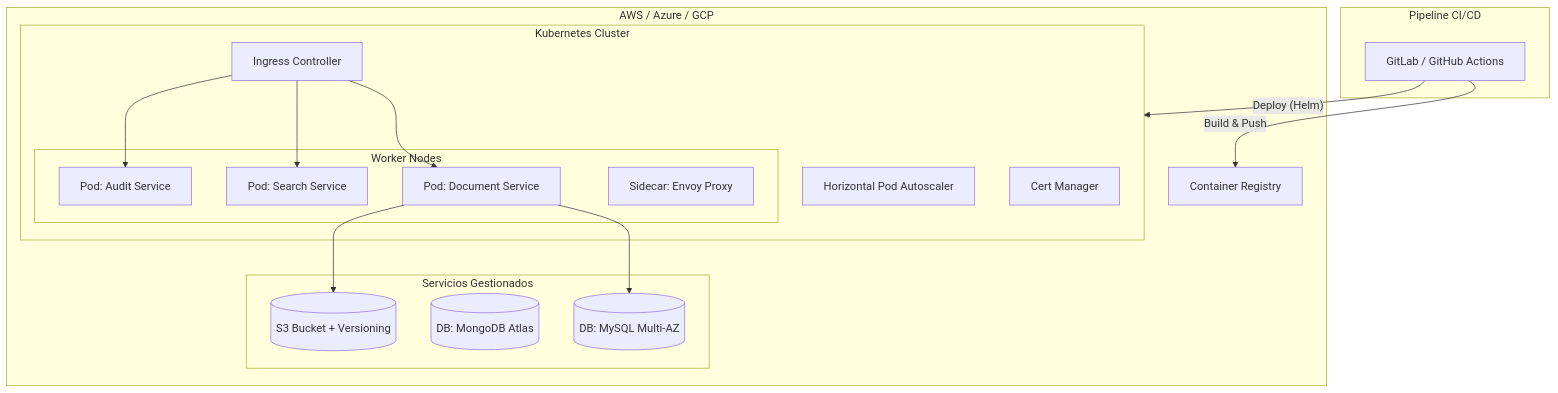
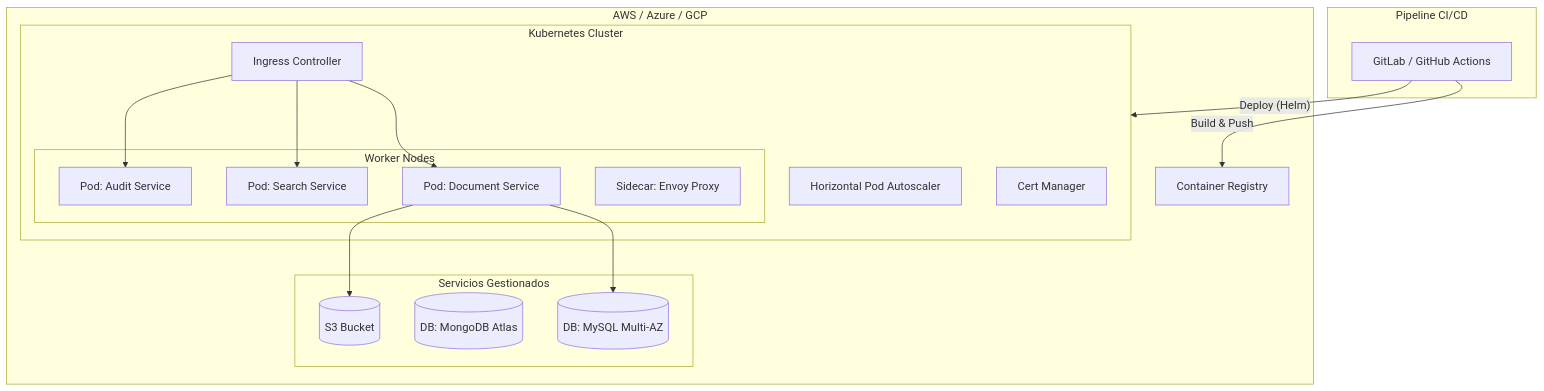
Before and after one commit to EDGUR-DEVELOPER/AI4Devs-finalproject-EGR: the fourth of 4 diagrams in README.md, drawn with Mermaid. The commit also changed other lines of this file and 1 other file, not shown here.

````diff
--- a/README.md
+++ b/README.md
@@ -311,39 +365,39 @@
 ```mermaid
 graph TD
     subgraph Cloud_Provider [AWS / Azure / GCP]
         
         subgraph K8s_Cluster [Kubernetes Cluster]
             
             subgraph Nodes [Worker Nodes]
                 Pod1[Pod: Document Service]
                 Pod2[Pod: Search Service]
                 Pod3[Pod: Audit Service]
                 PodSidecar[Sidecar: Envoy Proxy]
             end
             
             Ingress[Ingress Controller]
             HPA[Horizontal Pod Autoscaler]
             CertManager[Cert Manager]
         end
         
         Registry[Container Registry]
         
         subgraph Managed_Services [Servicios Gestionados]
             RDS[(DB: MySQL Multi-AZ)]
             MongoAtlas[(DB: MongoDB Atlas)]
-            S3Bucket[(S3 Bucket + Versioning)]
+            S3Bucket[(S3 Bucket)]
         end
     end
     
     subgraph CI_CD [Pipeline CI/CD]
         GitLab[GitLab / GitHub Actions]
     end
 
     GitLab -- Build & Push --> Registry
     GitLab -- Deploy (Helm) --> K8s_Cluster
     Ingress --> Pod1
     Ingress --> Pod2
     Ingress --> Pod3
     Pod1 --> RDS
     Pod1 --> S3Bucket
 ```
````
